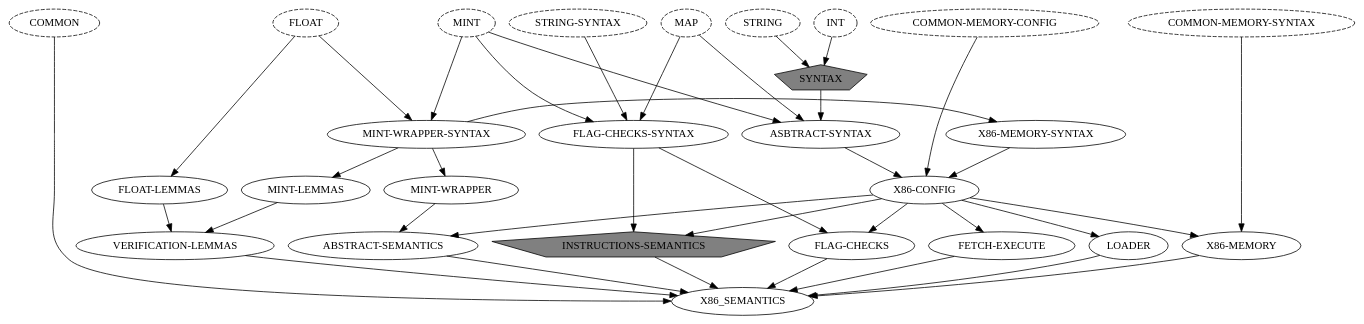
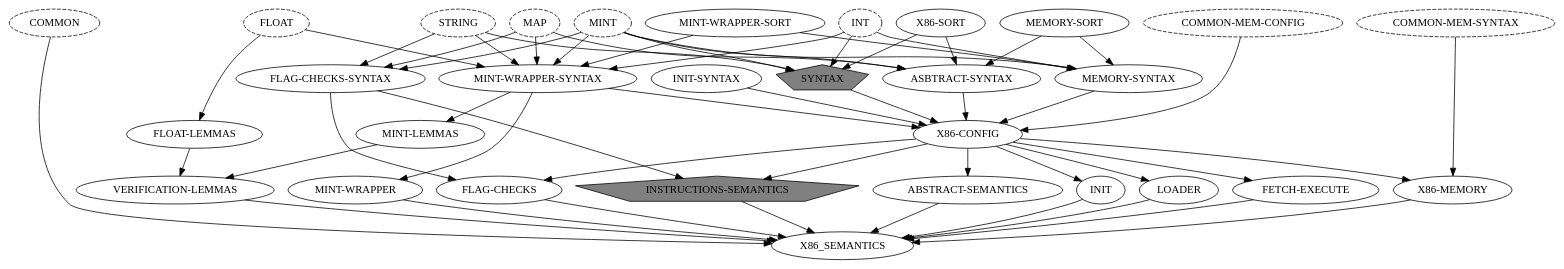
One commit to kframework/X86-64-semantics changed the diagram in x86-semantics/docs/reports/import_graph.dot. Above: the diagram before and after it, drawn with Graphviz. The commit also changed 9 other files, not shown here.

```diff
--- a/x86-semantics/docs/reports/import_graph.dot
+++ b/x86-semantics/docs/reports/import_graph.dot
@@ -1,87 +1,110 @@
 digraph graphname {
     
       
   "INSTRUCTIONS-SEMANTICS" [fillcolor = grey, style=filled, sides=5; shape=polygon]
   SYNTAX [fillcolor = grey, style=filled, sides=5; shape=polygon]
 
   MAP [style="dashed"]
   MINT [style="dashed"]
   FLOAT [style="dashed"]
   INT [style="dashed"]
   STRING [style="dashed"]
-  "STRING-SYNTAX" [style="dashed"]
-  "STRING-SYNTAX" [style="dashed"]
-  "COMMON-MEMORY-SYNTAX" [style="dashed"]
-  "COMMON-MEMORY-CONFIG" [style="dashed"]
+  "COMMON-MEM-SYNTAX" [style="dashed"]
+  "COMMON-MEM-CONFIG" [style="dashed"]
   "COMMON" [style="dashed"]
+  
+  {rank = same; MAP; FLOAT; MINT; INT; STRING; 
+             "COMMON"; "COMMON-MEM-CONFIG"; 
+            "COMMON-MEM-SYNTAX"; "X86-SORT"; 
+            "MEMORY-SORT"; "MINT-WRAPPER-SORT"}
+            
+  {rank = same; LOADER; "FETCH-EXECUTE"; "ABSTRACT-SEMANTICS"; 
+  "FLAG-CHECKS"; "VERIFICATION-LEMMAS"; "INIT"; "MINT-WRAPPER"}
+ 
+  {rank = same; "MINT-LEMMAS"; "FLOAT-LEMMAS"}
+  
+  {rank = same; "ASBTRACT-SYNTAX"; "MINT-WRAPPER-SYNTAX"; 
+  "FLAG-CHECKS-SYNTAX"; "MEMORY-SYNTAX"; "SYNTAX"; "INIT-SYNTAX" }
 
-  {rank = same; MAP; FLOAT; MINT; INT; STRING; "STRING-SYNTAX"; "COMMON"; "COMMON-MEMORY-CONFIG"; "COMMON-MEMORY-SYNTAX"}
-  {rank = same; LOADER; "FETCH-EXECUTE"; "ABSTRACT-SEMANTICS"; "FLAG-CHECKS"; "VERIFICATION-LEMMAS"; }
-  {rank = same; "MINT-LEMMAS"; "FLOAT-LEMMAS"}
-  {rank = same; "ASBTRACT-SYNTAX"; "MINT-WRAPPER-SYNTAX"; "FLAG-CHECKS-SYNTAX"; "X86-MEMORY-SYNTAX" }
+  // ==========================================
 
-  // =============================================================================
-
-  "MINT-WRAPPER-SYNTAX" -> "X86-MEMORY-SYNTAX" 
-  // "X86-MEMORY-SYNTAX"  -> "X86-MEMORY" <-- creates a dag
-  "COMMON-MEMORY-SYNTAX"  -> "X86-MEMORY"
+  // MEMORY
+  "MEMORY-SORT" -> "MEMORY-SYNTAX";
+  "MINT-WRAPPER-SORT" -> "MEMORY-SYNTAX" 
+  MINT -> "MEMORY-SYNTAX" 
+  INT -> "MEMORY-SYNTAX" 
+  "COMMON-MEM-SYNTAX"  -> "X86-MEMORY"
   "X86-CONFIG"  -> "X86-MEMORY"
 
+  // X86 SYNTAX
+  "X86-SORT" -> "SYNTAX" 
   INT -> SYNTAX
   STRING -> SYNTAX
-
-  SYNTAX ->  "ASBTRACT-SYNTAX";
-
+  MINT -> SYNTAX
+  
+  // ABSTRACT SYNTAX    
+  "X86-SORT" ->  "ASBTRACT-SYNTAX";
   MAP -> "ASBTRACT-SYNTAX";
   MINT -> "ASBTRACT-SYNTAX";
+  "MEMORY-SORT" -> "ASBTRACT-SYNTAX";
 
+  // Config
+  "ASBTRACT-SYNTAX" ->   "X86-CONFIG"
+  "SYNTAX" ->   "X86-CONFIG"
+  "COMMON-MEM-CONFIG" ->   "X86-CONFIG"
+  "MEMORY-SYNTAX" ->   "X86-CONFIG"
+  "INIT-SYNTAX" ->   "X86-CONFIG"
+  "MINT-WRAPPER-SYNTAX" ->   "X86-CONFIG"
 
-  // "MINT-WRAPPER-SYNTAX" -> "X86-CONFIG" <--- creates a dag
-  "ASBTRACT-SYNTAX" ->   "X86-CONFIG"
-  "COMMON-MEMORY-CONFIG" ->   "X86-CONFIG"
-  "X86-MEMORY-SYNTAX" ->   "X86-CONFIG"
-
+  // Init 
+  "X86-CONFIG" -> "INIT"
 
   "X86-CONFIG" -> "ABSTRACT-SEMANTICS"
-  "MINT-WRAPPER" -> "ABSTRACT-SEMANTICS"
+  
 
+  // MInt-wrapper
   MINT -> "MINT-WRAPPER-SYNTAX"
   FLOAT -> "MINT-WRAPPER-SYNTAX"
-  
+  STRING -> "MINT-WRAPPER-SYNTAX"
+  MAP -> "MINT-WRAPPER-SYNTAX"
+  INT -> "MINT-WRAPPER-SYNTAX"
+
+  "MINT-WRAPPER-SORT" -> "MINT-WRAPPER-SYNTAX"
   "MINT-WRAPPER-SYNTAX" -> "MINT-WRAPPER"
 
 
-
+  // Loader/fetch exec
   "X86-CONFIG" -> LOADER
   "X86-CONFIG" -> "FETCH-EXECUTE"
 
-  // INT -> "INTEGER-LEMMAS" ->  "VERIFICATION-LEMMAS"
-  // "BOOLEAN-LEMMAS" -> "VERIFICATION-LEMMAS"
   "MINT-LEMMAS" -> "VERIFICATION-LEMMAS"
   "FLOAT-LEMMAS" -> "VERIFICATION-LEMMAS"
   
   FLOAT -> "FLOAT-LEMMAS"
   "MINT-WRAPPER-SYNTAX" -> "MINT-LEMMAS"
 
   MINT -> "FLAG-CHECKS-SYNTAX"
   MAP -> "FLAG-CHECKS-SYNTAX"
-  "STRING-SYNTAX" -> "FLAG-CHECKS-SYNTAX"
+  "STRING" -> "FLAG-CHECKS-SYNTAX"
 
   "FLAG-CHECKS-SYNTAX"  -> "FLAG-CHECKS"
   "X86-CONFIG"  -> "FLAG-CHECKS"
 
 
   "X86-CONFIG" -> "INSTRUCTIONS-SEMANTICS"
   "FLAG-CHECKS-SYNTAX" -> "INSTRUCTIONS-SEMANTICS"
 
+  // Semantics
   LOADER ->  X86_SEMANTICS
   "FETCH-EXECUTE" ->  X86_SEMANTICS
   "ABSTRACT-SEMANTICS" ->  X86_SEMANTICS
   "FLAG-CHECKS" ->  X86_SEMANTICS
   "VERIFICATION-LEMMAS" ->  X86_SEMANTICS
   "INSTRUCTIONS-SEMANTICS" ->  X86_SEMANTICS
   "X86-MEMORY" ->  X86_SEMANTICS
   "COMMON" ->  X86_SEMANTICS
+  "INIT" -> X86_SEMANTICS
+  "MINT-WRAPPER" -> X86_SEMANTICS
   
 
  }
```
